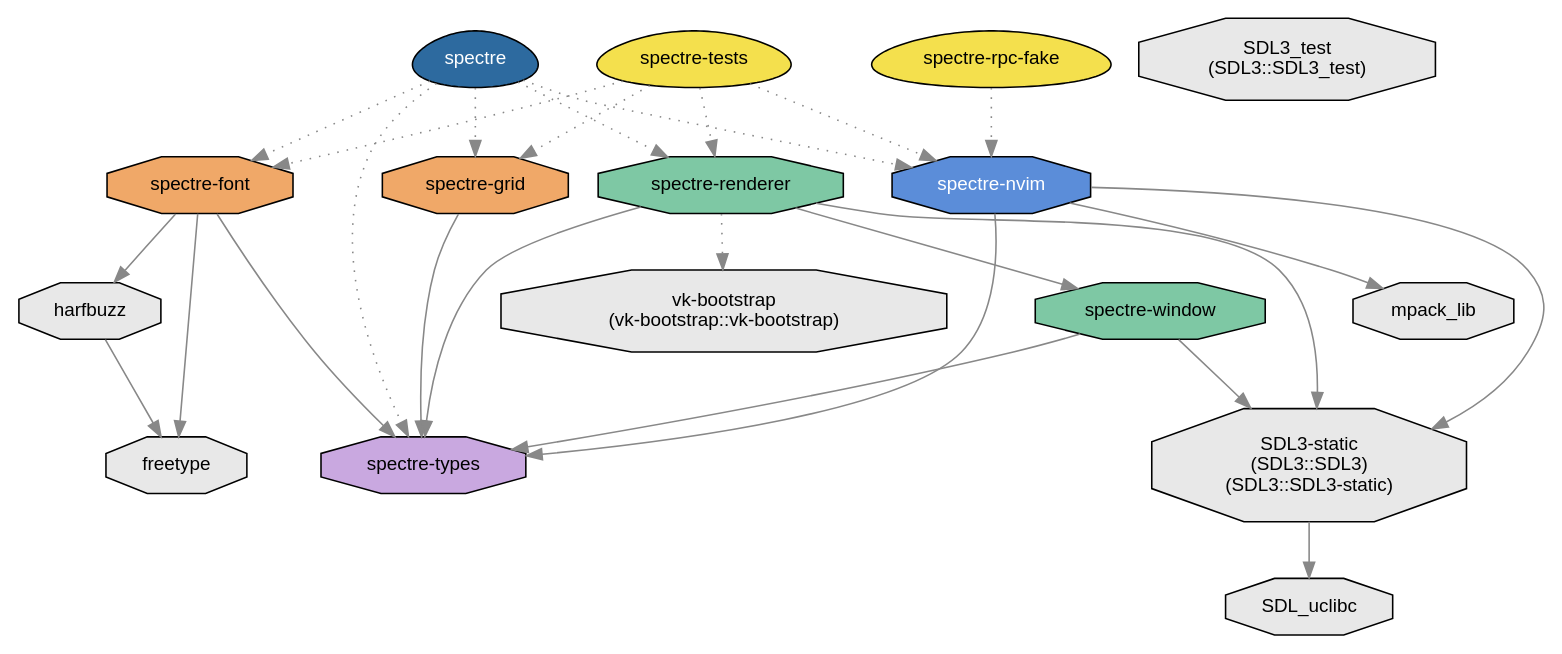
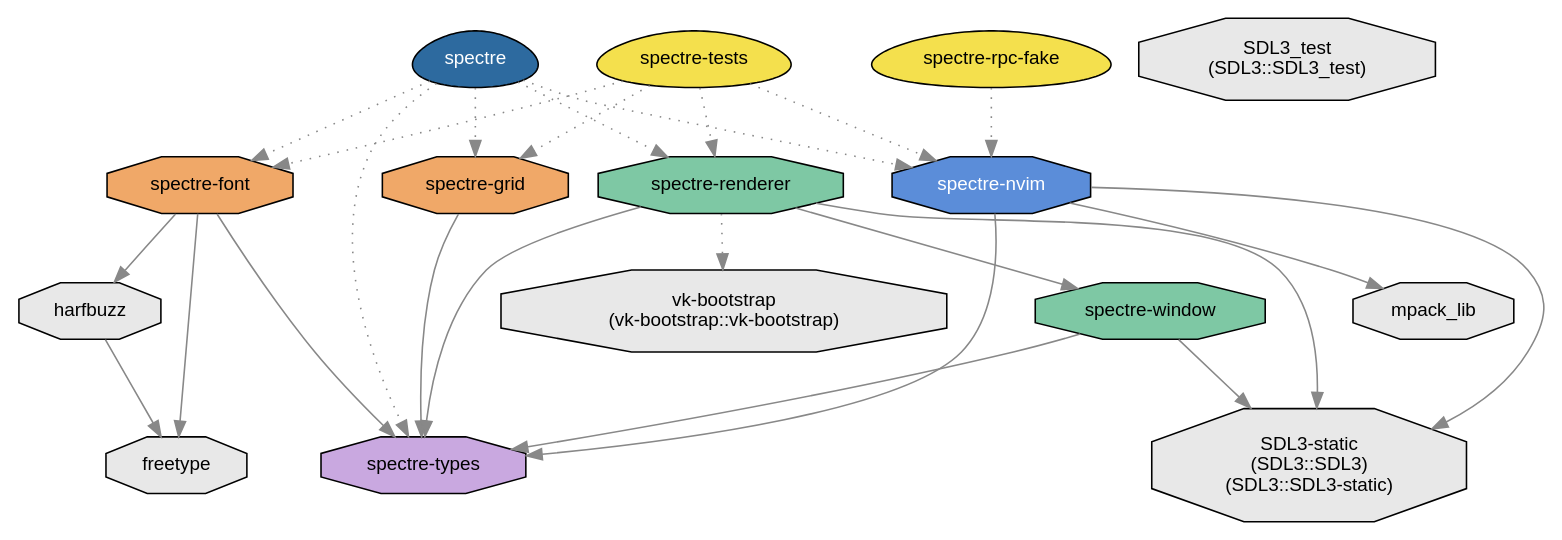
One commit to cmaughan/MegaCityCode changed the diagram in docs/deps/deps_filtered.dot. Above: the diagram before and after it, drawn with Graphviz. The commit also changed 35 other files, not shown here.

```diff
--- a/docs/deps/deps_filtered.dot
+++ b/docs/deps/deps_filtered.dot
@@ -1,49 +1,47 @@
 digraph "spectre" {
     node [style=filled, fontname="Helvetica"]
     edge [color="#888888"]
 node [
   fontsize = "12"
 ];
 
     "node0" [ label = "SDL3-static\n(SDL3::SDL3)\n(SDL3::SDL3-static)", shape = octagon, fillcolor="#e8e8e8", fontcolor="black" ];
-    "node1" [ label = "SDL_uclibc", shape = octagon, fillcolor="#e8e8e8", fontcolor="black" ];
-    "node0" -> "node1"  // SDL3-static -> SDL_uclibc
     "node2" [ label = "SDL3_test\n(SDL3::SDL3_test)", shape = octagon, fillcolor="#e8e8e8", fontcolor="black" ];
     "node3" [ label = "freetype", shape = octagon, fillcolor="#e8e8e8", fontcolor="black" ];
     "node4" [ label = "harfbuzz", shape = octagon, fillcolor="#e8e8e8", fontcolor="black" ];
     "node4" -> "node3"  // harfbuzz -> freetype
     "node5" [ label = "mpack_lib", shape = octagon, fillcolor="#e8e8e8", fontcolor="black" ];
     "node6" [ label = "spectre", shape = egg, fillcolor="#2d6a9f", fontcolor="white" ];
     "node7" [ label = "spectre-font", shape = octagon, fillcolor="#f0a868", fontcolor="black" ];
     "node7" -> "node3"  // spectre-font -> freetype
     "node7" -> "node4"  // spectre-font -> harfbuzz
     "node8" [ label = "spectre-types", shape = octagon, fillcolor="#c9a8e0", fontcolor="black" ];
     "node7" -> "node8"  // spectre-font -> spectre-types
     "node6" -> "node7" [ style = dotted ] // spectre -> spectre-font
     "node9" [ label = "spectre-grid", shape = octagon, fillcolor="#f0a868", fontcolor="black" ];
     "node9" -> "node8"  // spectre-grid -> spectre-types
     "node6" -> "node9" [ style = dotted ] // spectre -> spectre-grid
     "node10" [ label = "spectre-nvim", shape = octagon, fillcolor="#5b8dd9", fontcolor="white" ];
     "node10" -> "node0"  // spectre-nvim -> SDL3-static
     "node10" -> "node5"  // spectre-nvim -> mpack_lib
     "node10" -> "node8"  // spectre-nvim -> spectre-types
     "node6" -> "node10" [ style = dotted ] // spectre -> spectre-nvim
     "node11" [ label = "spectre-renderer", shape = octagon, fillcolor="#7ec8a4", fontcolor="black" ];
     "node11" -> "node0"  // spectre-renderer -> SDL3-static
     "node11" -> "node8"  // spectre-renderer -> spectre-types
     "node12" [ label = "spectre-window", shape = octagon, fillcolor="#7ec8a4", fontcolor="black" ];
     "node12" -> "node0"  // spectre-window -> SDL3-static
     "node12" -> "node8"  // spectre-window -> spectre-types
     "node11" -> "node12"  // spectre-renderer -> spectre-window
     "node13" [ label = "vk-bootstrap\n(vk-bootstrap::vk-bootstrap)", shape = octagon, fillcolor="#e8e8e8", fontcolor="black" ];
     "node11" -> "node13" [ style = dotted ] // spectre-renderer -> vk-bootstrap
     "node6" -> "node11" [ style = dotted ] // spectre -> spectre-renderer
     "node6" -> "node8" [ style = dotted ] // spectre -> spectre-types
     "node14" [ label = "spectre-rpc-fake", shape = egg, fillcolor="#f4e04d", fontcolor="black" ];
     "node14" -> "node10" [ style = dotted ] // spectre-rpc-fake -> spectre-nvim
     "node15" [ label = "spectre-tests", shape = egg, fillcolor="#f4e04d", fontcolor="black" ];
     "node15" -> "node7" [ style = dotted ] // spectre-tests -> spectre-font
     "node15" -> "node9" [ style = dotted ] // spectre-tests -> spectre-grid
     "node15" -> "node10" [ style = dotted ] // spectre-tests -> spectre-nvim
     "node15" -> "node11" [ style = dotted ] // spectre-tests -> spectre-renderer
 }
```
